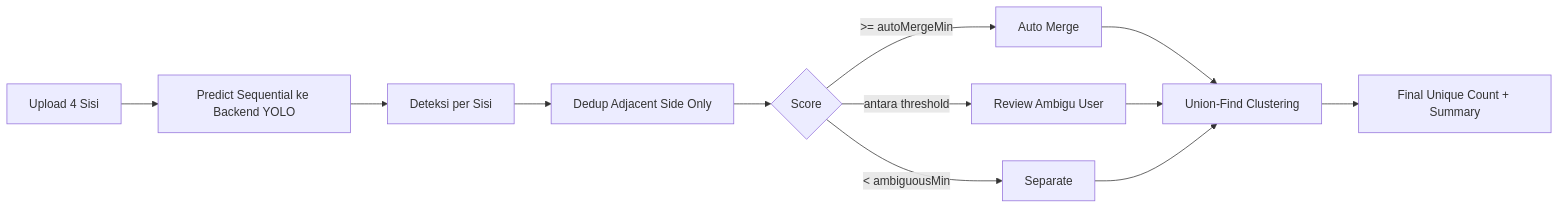
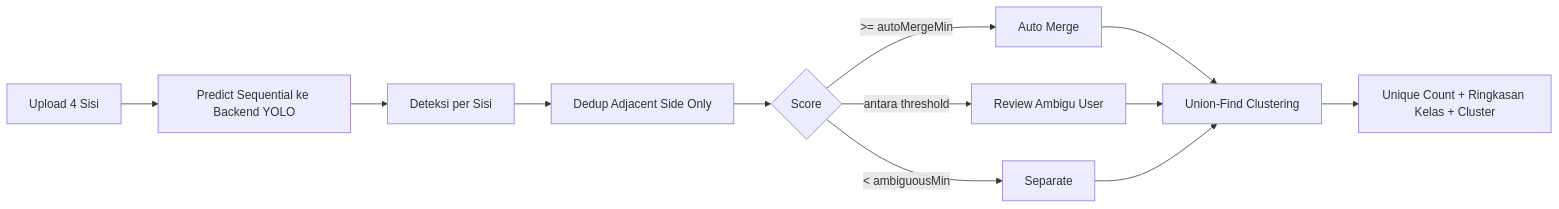
Before and after one commit to muhammad-zainal-muttaqin/tools_sawit: the diagram in README.md, drawn with Mermaid. The commit also changed other lines of this file and 8 other files, not shown here.

````diff
--- a/README.md
+++ b/README.md
@@ -12,14 +22,14 @@
 ```mermaid
 flowchart LR
   A[Upload 4 Sisi] --> B[Predict Sequential ke Backend YOLO]
   B --> C[Deteksi per Sisi]
   C --> D[Dedup Adjacent Side Only]
   D --> E{Score}
   E -->|>= autoMergeMin| F[Auto Merge]
   E -->|antara threshold| G[Review Ambigu User]
   E -->|< ambiguousMin| H[Separate]
   F --> I[Union-Find Clustering]
   G --> I
   H --> I
-  I --> J[Final Unique Count + Summary]
+  I --> J[Unique Count + Ringkasan Kelas + Cluster]
 ```
````
